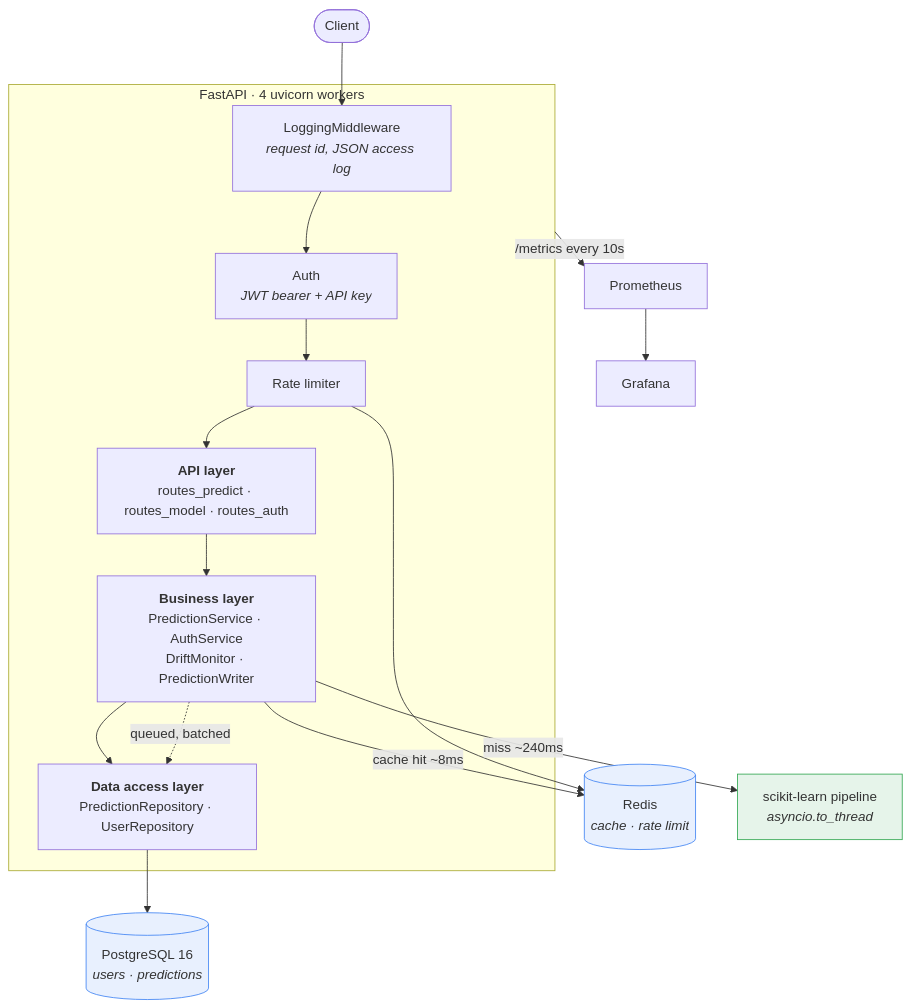
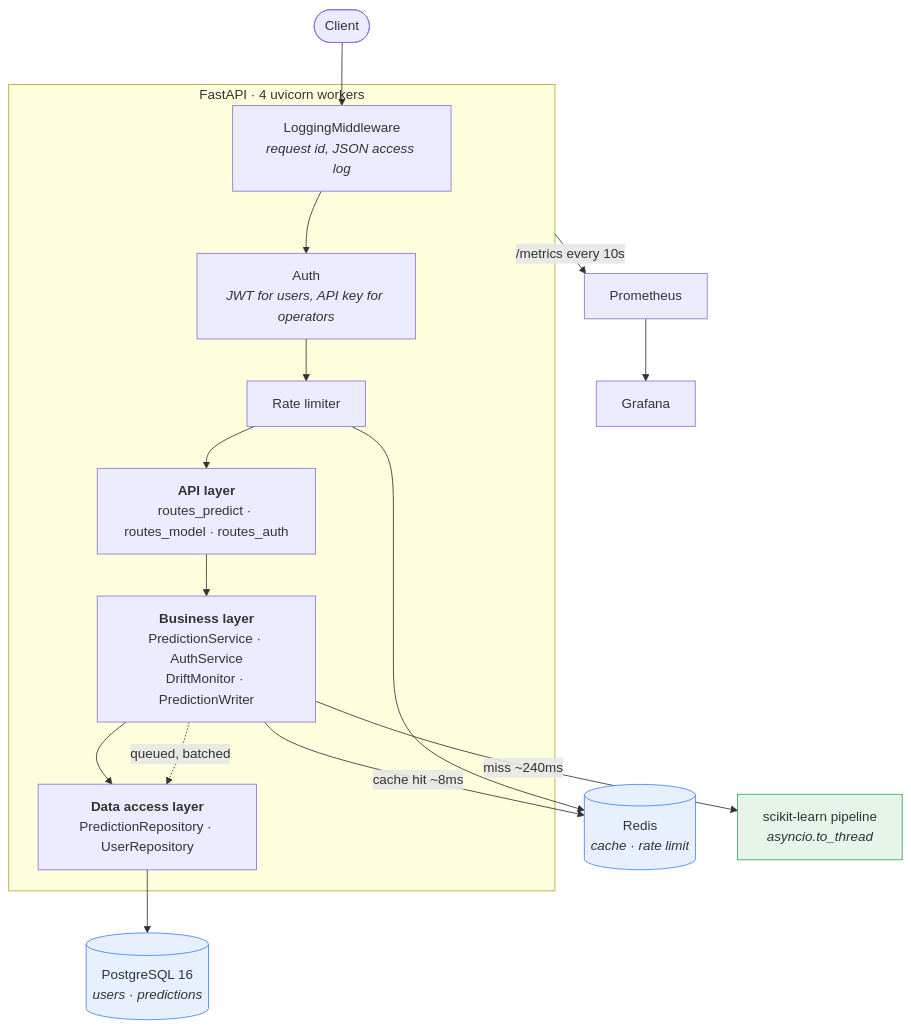
One commit to Add-it-ya/Fast_Api_Project changed the diagram in README.md. Above: the diagram before and after it, drawn with Mermaid. The commit also changed other lines of this file and 10 other files, not shown here.

First line of the commit message:
Keep the API key for operator actions

````diff
--- a/README.md
+++ b/README.md
@@ -23,32 +23,32 @@
 ```mermaid
 flowchart TB
     client([Client])
 
     subgraph api["FastAPI · 4 uvicorn workers"]
         mw["LoggingMiddleware<br/><i>request id, JSON access log</i>"]
-        auth["Auth<br/><i>JWT bearer + API key</i>"]
+        auth["Auth<br/><i>JWT for users, API key for operators</i>"]
         rl["Rate limiter"]
         routes["<b>API layer</b><br/>routes_predict · routes_model · routes_auth"]
         services["<b>Business layer</b><br/>PredictionService · AuthService<br/>DriftMonitor · PredictionWriter"]
         repos["<b>Data access layer</b><br/>PredictionRepository · UserRepository"]
     end
 
     redis[("Redis<br/><i>cache · rate limit</i>")]
     pg[("PostgreSQL 16<br/><i>users · predictions</i>")]
     model["scikit-learn pipeline<br/><i>asyncio.to_thread</i>"]
     prom["Prometheus"]
     graf["Grafana"]
 
     client --> mw --> auth --> rl --> routes --> services
     services -->|"cache hit ~8ms"| redis
     services -->|"miss ~240ms"| model
     services --> repos --> pg
     services -.->|"queued, batched"| repos
     rl --> redis
     api -->|"/metrics every 10s"| prom --> graf
 
     classDef store fill:#e8f0fe,stroke:#4285f4
     classDef ml fill:#e6f4ea,stroke:#34a853
     class redis,pg store
     class model ml
 ```
````
